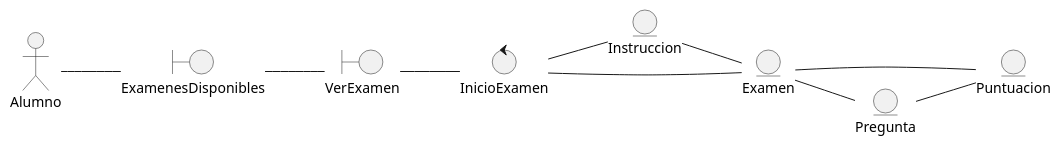
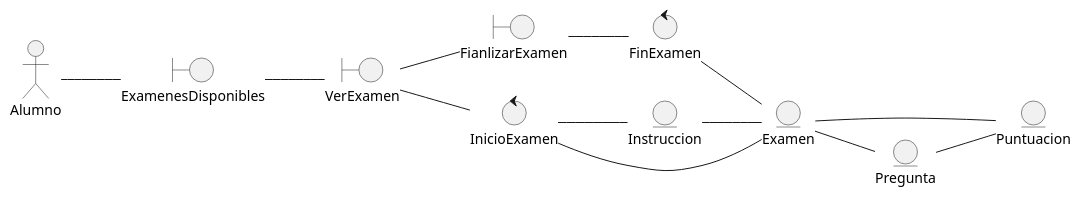
One commit to Carverz/IS-022023_Proyecto-Grupo-4 changed the diagram in docs/scenariosView/DiagramaClasesDeAnalisis.plantuml. Above: the diagram before and after it, drawn with PlantUML.

Commit message:
Modificacion diagrama de analisis de caso de uso

```diff
--- a/docs/scenariosView/DiagramaClasesDeAnalisis.plantuml
+++ b/docs/scenariosView/DiagramaClasesDeAnalisis.plantuml
@@ -1,24 +1,29 @@
 @startuml
 left to right direction
 hide footbox
 hide link
 Actor Alumno
 boundary ExamenesDisponibles
-
 boundary VerExamen
+boundary FianlizarExamen
 entity Instruccion
 entity Examen
 entity Puntuacion
 entity Pregunta
 control InicioExamen
+control FinExamen
 
 Alumno  -- ExamenesDisponibles
 ExamenesDisponibles -- VerExamen
 VerExamen -- InicioExamen
 InicioExamen -- Instruccion
 InicioExamen -- Examen
 Instruccion -- Examen
 Examen -- Pregunta
 Examen -- Puntuacion
 Pregunta -- Puntuacion
+VerExamen -- FianlizarExamen
+FianlizarExamen -- FinExamen
+FinExamen -- Examen
+
 @enduml
```
